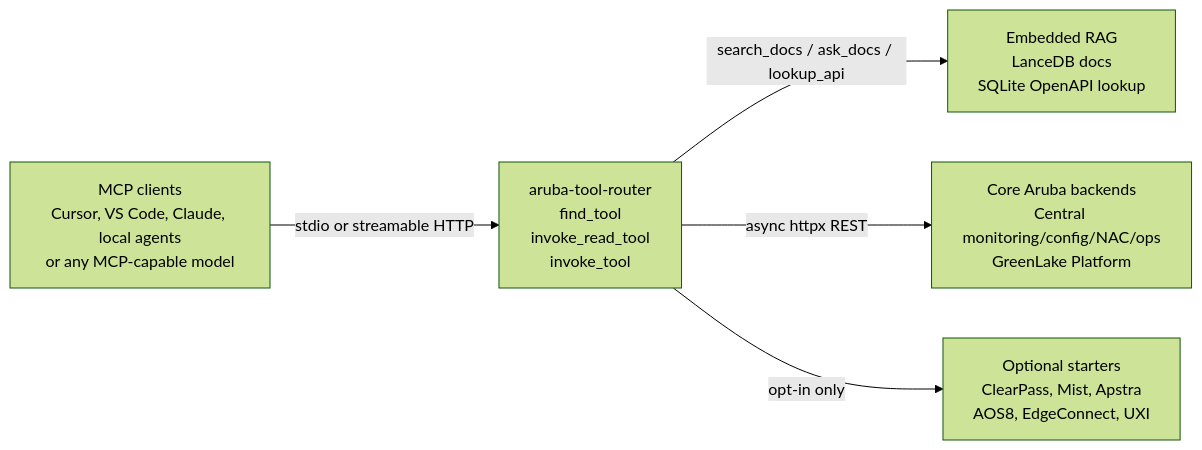
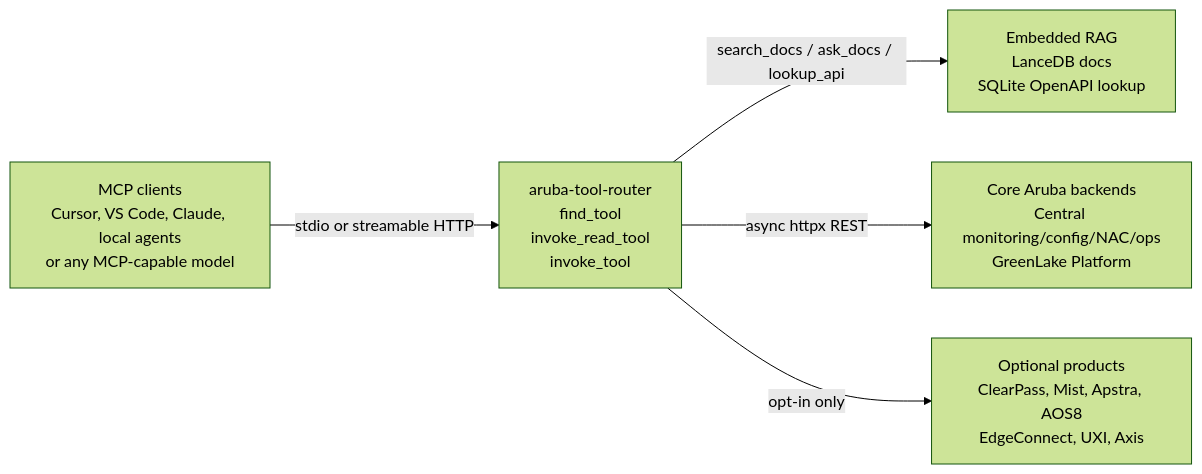
One commit to secure-ssid/centralmcp changed the diagram in README.md. Above: the diagram before and after it, drawn with Mermaid (forest theme). The commit also changed other lines of this file and 71 other files, not shown here.

````diff
--- a/README.md
+++ b/README.md
@@ -39,13 +40,13 @@
 ```mermaid
 flowchart LR
     client["MCP clients<br/>Cursor, VS Code, Claude, local agents<br/>or any MCP-capable model"]
     router["aruba-tool-router<br/>find_tool<br/>invoke_read_tool<br/>invoke_tool"]
     rag["Embedded RAG<br/>LanceDB docs<br/>SQLite OpenAPI lookup"]
     core["Core Aruba backends<br/>Central monitoring/config/NAC/ops<br/>GreenLake Platform"]
-    optional["Optional starters<br/>ClearPass, Mist, Apstra<br/>AOS8, EdgeConnect, UXI"]
+    optional["Optional products<br/>ClearPass, Mist, Apstra, AOS8<br/>EdgeConnect, UXI, Axis"]
 
     client -->|"stdio or streamable HTTP"| router
     router -->|"search_docs / ask_docs / lookup_api"| rag
     router -->|"async httpx REST"| core
     router -->|"opt-in only"| optional
 ```
````
